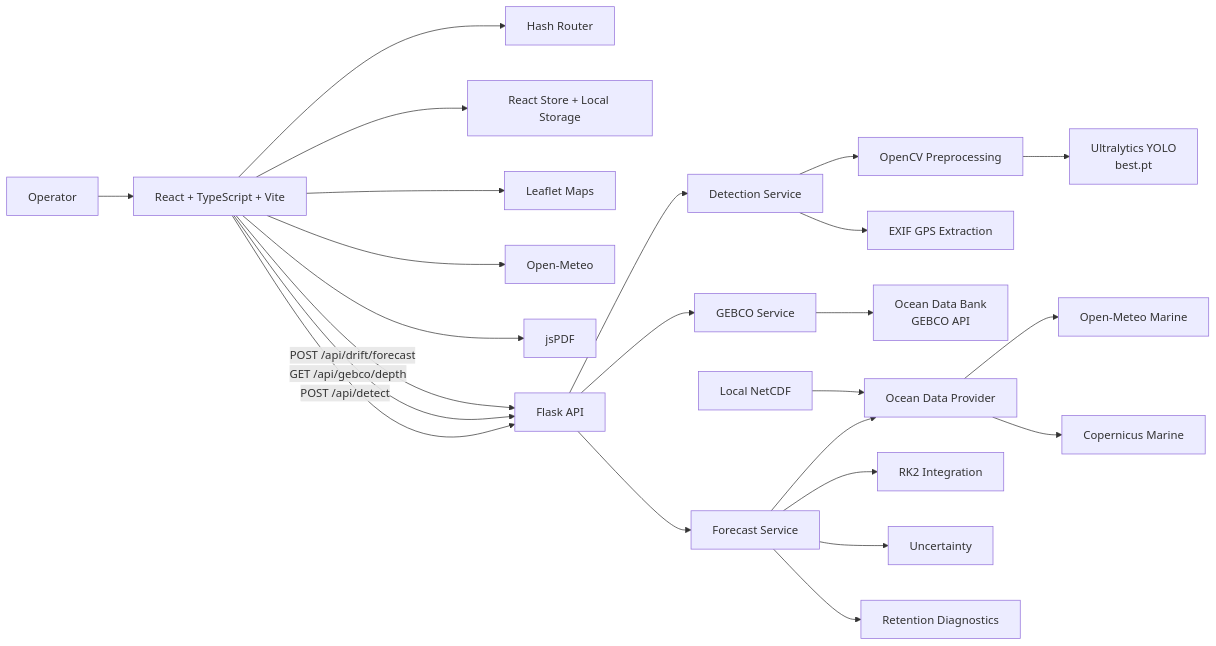
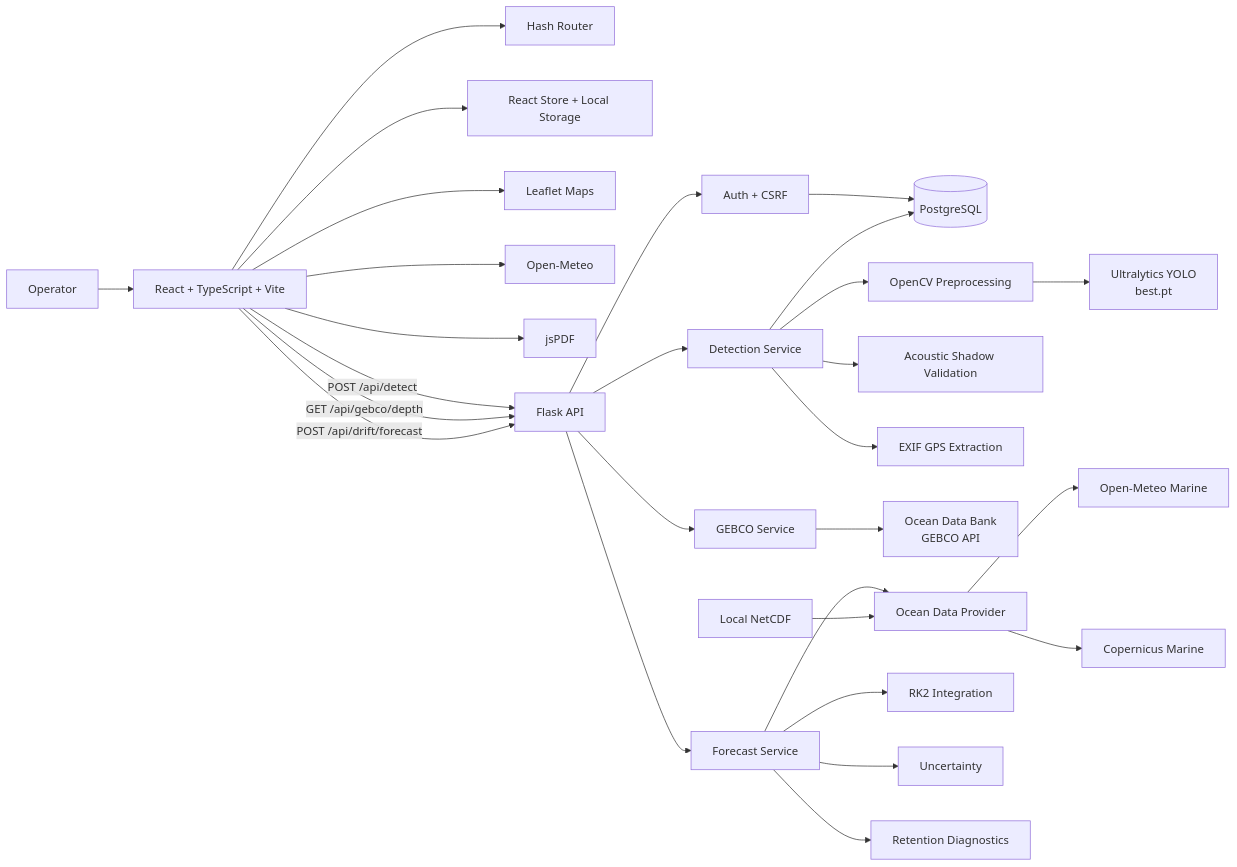
Before and after one commit to Bhavikvishe/newdemo: the first of 5 diagrams in README.md, drawn with Mermaid. The commit also changed other lines of this file, not shown here.

````diff
--- a/README.md
+++ b/README.md
@@ -192,32 +256,36 @@
 ```mermaid
 flowchart LR
     U[Operator] --> FE[React + TypeScript + Vite]
 
     FE --> ROUTER[Hash Router]
     FE --> STORE[React Store + Local Storage]
     FE --> MAP[Leaflet Maps]
     FE --> WEATHER[Open-Meteo]
     FE --> REPORTS[jsPDF]
 
     FE -->|POST /api/detect| API[Flask API]
     FE -->|GET /api/gebco/depth| API
     FE -->|POST /api/drift/forecast| API
 
+    API --> AUTH[Auth + CSRF]
+    AUTH --> DB[(PostgreSQL)]
     API --> DET[Detection Service]
     DET --> PRE[OpenCV Preprocessing]
     PRE --> YOLO[Ultralytics YOLO\nbest.pt]
+    DET --> SHADOW[Acoustic Shadow Validation]
     DET --> EXIF[EXIF GPS Extraction]
+    DET --> DB
 
     API --> GEBCO[GEBCO Service]
     GEBCO --> ODB[Ocean Data Bank\nGEBCO API]
 
     API --> DRIFT[Forecast Service]
     DRIFT --> OCEAN[Ocean Data Provider]
     OCEAN --> OM[Open-Meteo Marine]
     OCEAN --> CM[Copernicus Marine]
     DRIFT --> RK2[RK2 Integration]
     DRIFT --> UNC[Uncertainty]
     DRIFT --> RET[Retention Diagnostics]
 
     LOCAL[Local NetCDF] --> OCEAN
 ```
````
